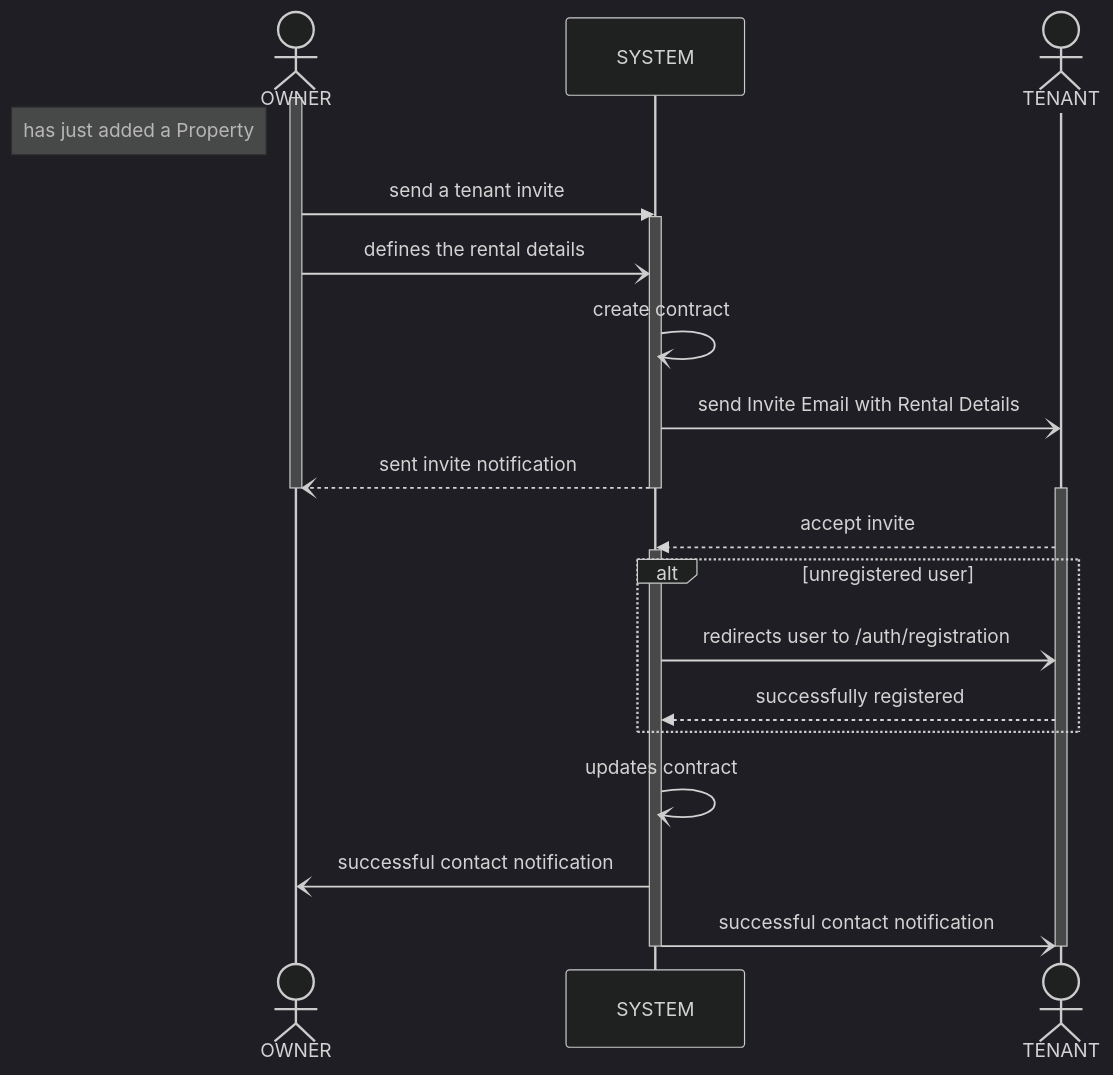
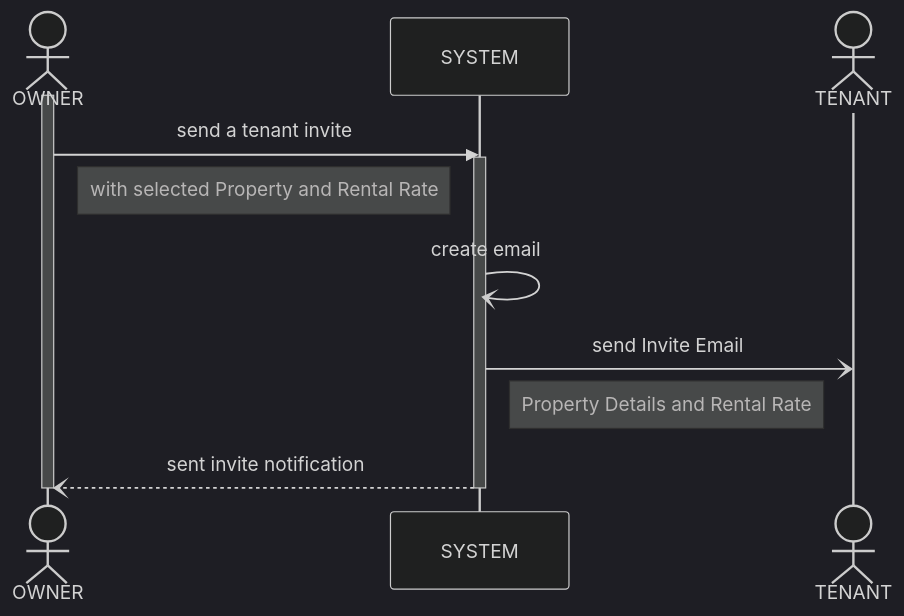
The third of 3 diagrams in docs/SD.md (UpBrewTech/project-leasa), drawn with Mermaid (dark theme) before and after one commit. The commit also changed other lines of this file and 1 other file, not shown here.

Commit message:
update docs for tenant invite

````diff
--- a/docs/SD.md
+++ b/docs/SD.md
@@ -74,37 +74,30 @@
 ```mermaid
 sequenceDiagram
     actor O as OWNER
     participant S as SYSTEM
     actor T as TENANT
 
     activate O
-    %% alt pre existing tenants
-    %%     Note left of O: has just added a Property
-    %%     O->>S: send a tenant invite
-    %% else new tenants
-    %%     Note left of O: has an existing listing
-    %%     O->>S: accept a listing applicant
-    %% end
-    Note left of O: has just added a Property
     O->>S: send a tenant invite
     activate S
-    O-)S: defines the rental details
-    S-)S: create contract
-    S-)T: send Invite Email with Rental Details
+    NOTE right of O: with selected Property and Rental Rate
+    S-)S: create email
+    S-)T: send Invite Email
+    NOTE right of S: Property Details and Rental Rate
     S--)O: sent invite notification
     deactivate O
     deactivate S
 
-    activate T
-    T-->>S: accept invite
-    activate S
-    alt unregistered user
-        S-)T: redirects user to /auth/registration
-        T-->>S: successfully registered
-    end
-    S-)S: updates contract
-    S-)O: successful contact notification
-    S-)T: successful contact notification
-    deactivate S
-    deactivate T
+    %% activate T
+    %% T-->>S: accept invite
+    %% activate S
+    %% alt unregistered user
+    %%     S-)T: redirects user to /auth/registration
+    %%     T-->>S: successfully registered
+    %% end
+    %% S-)S: updates contract
+    %% S--)O: successful contact notification
+    %% S--)T: successful contact notification
+    %% deactivate S
+    %% deactivate T
 ```
````
